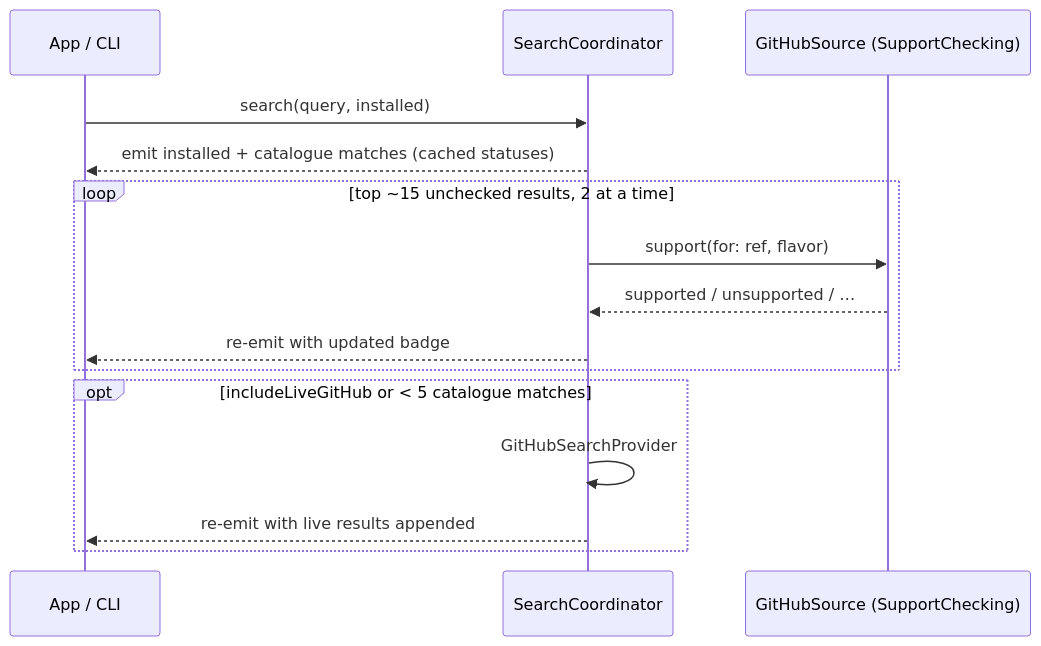
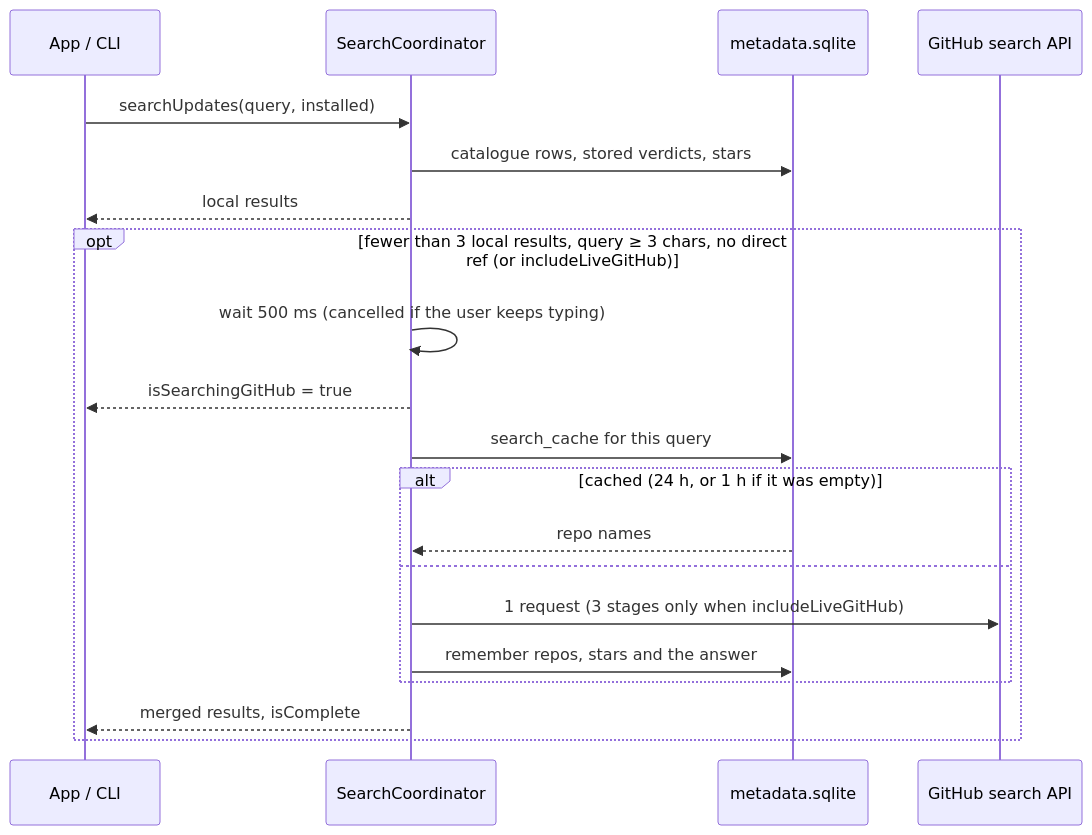
Before and after one commit to miotke/reload: the diagram in docs/search.md, drawn with Mermaid. The commit also changed other lines of this file and 20 other files, not shown here.

First line of the commit message:
move catalogue and support state into sqlite; make search local

````diff
--- a/docs/search.md
+++ b/docs/search.md
@@ -18,17 +20,22 @@
 ```mermaid
 sequenceDiagram
     participant UI as App / CLI
     participant SC as SearchCoordinator
-    participant GH as GitHubSource (SupportChecking)
-    UI->>SC: search(query, installed)
-    SC-->>UI: emit installed + catalogue matches (cached statuses)
-    loop top ~15 unchecked results, 2 at a time
-        SC->>GH: support(for: ref, flavor)
-        GH-->>SC: supported / unsupported / …
-        SC-->>UI: re-emit with updated badge
-    end
-    opt includeLiveGitHub or < 5 catalogue matches
-        SC->>SC: GitHubSearchProvider
-        SC-->>UI: re-emit with live results appended
+    participant DB as metadata.sqlite
+    participant GH as GitHub search API
+    UI->>SC: searchUpdates(query, installed)
+    SC->>DB: catalogue rows, stored verdicts, stars
+    SC-->>UI: local results
+    opt fewer than 3 local results, query ≥ 3 chars, no direct ref (or includeLiveGitHub)
+        SC->>SC: wait 500 ms (cancelled if the user keeps typing)
+        SC-->>UI: isSearchingGitHub = true
+        SC->>DB: search_cache for this query
+        alt cached (24 h, or 1 h if it was empty)
+            DB-->>SC: repo names
+        else
+            SC->>GH: 1 request (3 stages only when includeLiveGitHub)
+            SC->>DB: remember repos, stars and the answer
+        end
+        SC-->>UI: merged results, isComplete
     end
 ```
````
